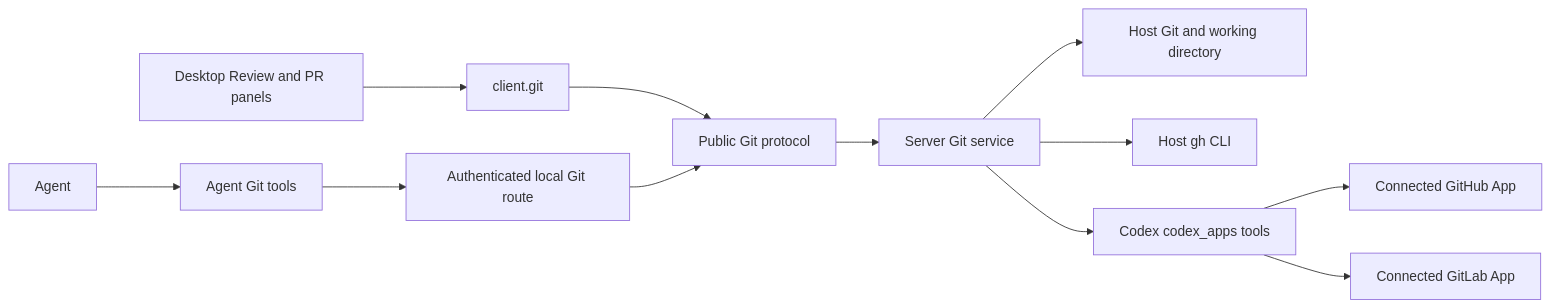
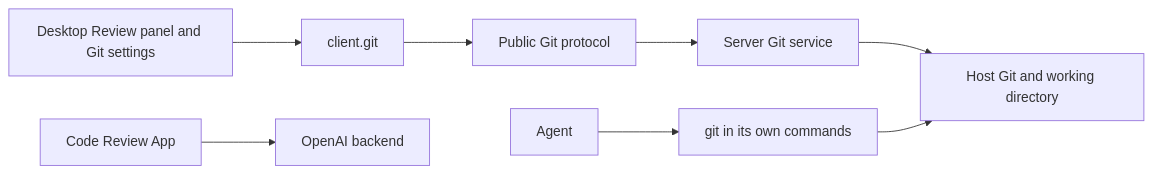
The diagram in docs/git.md (cypheriaweb3/cypheria), drawn with Mermaid before and after one commit. The commit also changed other lines of this file and 109 other files, not shown here.

First line of the commit message:
desktop: Code Review MCP App, its page and Thread panel, and the Git, Worktrees, and Code Review settings

````diff
--- a/docs/git.md
+++ b/docs/git.md
@@ -11,14 +11,10 @@
 ```mermaid
 flowchart LR
-  Desktop[Desktop Review and PR panels] --> Client[client.git]
-  Agent[Agent] --> Tools[Agent Git tools]
-  Tools --> Route[Authenticated local Git route]
+  Desktop[Desktop Review panel and Git settings] --> Client[client.git]
   Client --> Protocol[Public Git protocol]
-  Route --> Protocol
   Protocol --> Server[Server Git service]
   Server --> Git[Host Git and working directory]
-  Server --> Gh[Host gh CLI]
-  Server --> Apps[Codex codex_apps tools]
-  Apps --> GitHub[Connected GitHub App]
-  Apps --> GitLab[Connected GitLab App]
+  Agent[Agent] --> Shell[git in its own commands]
+  Shell --> Git
+  CodeReview[Code Review App] --> Backend[OpenAI backend]
 ```
````
